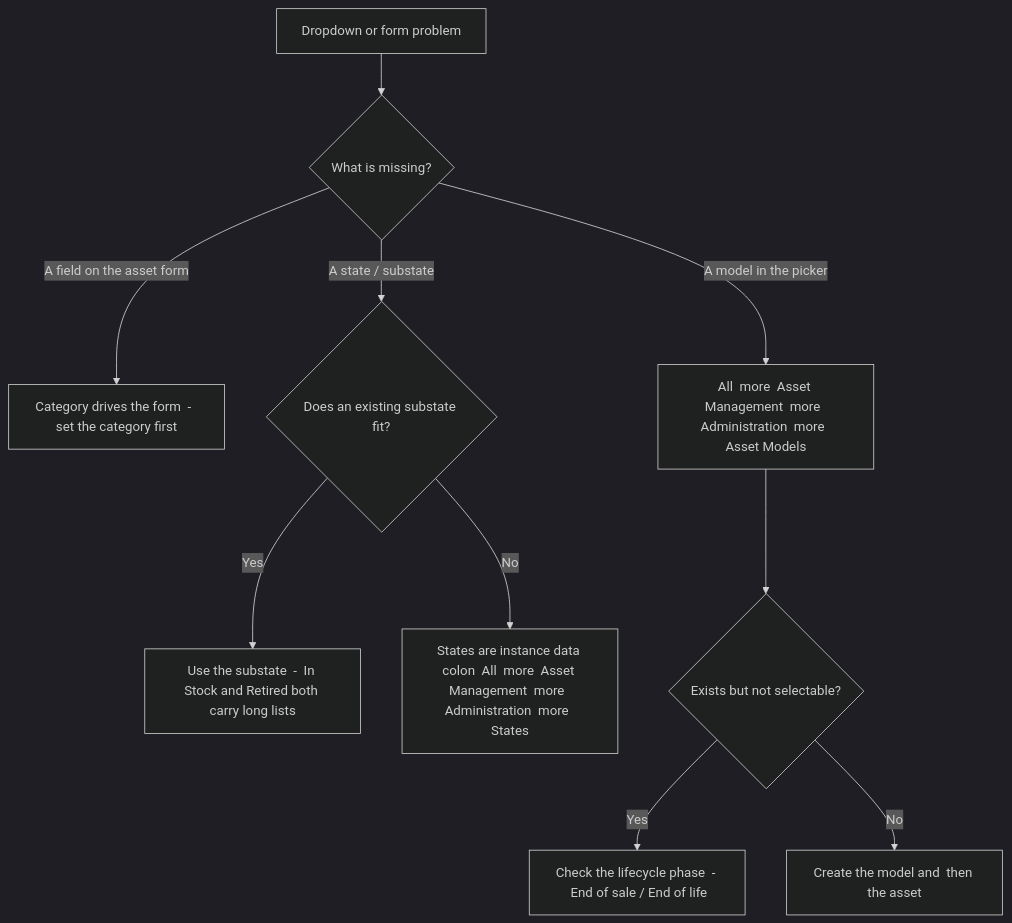
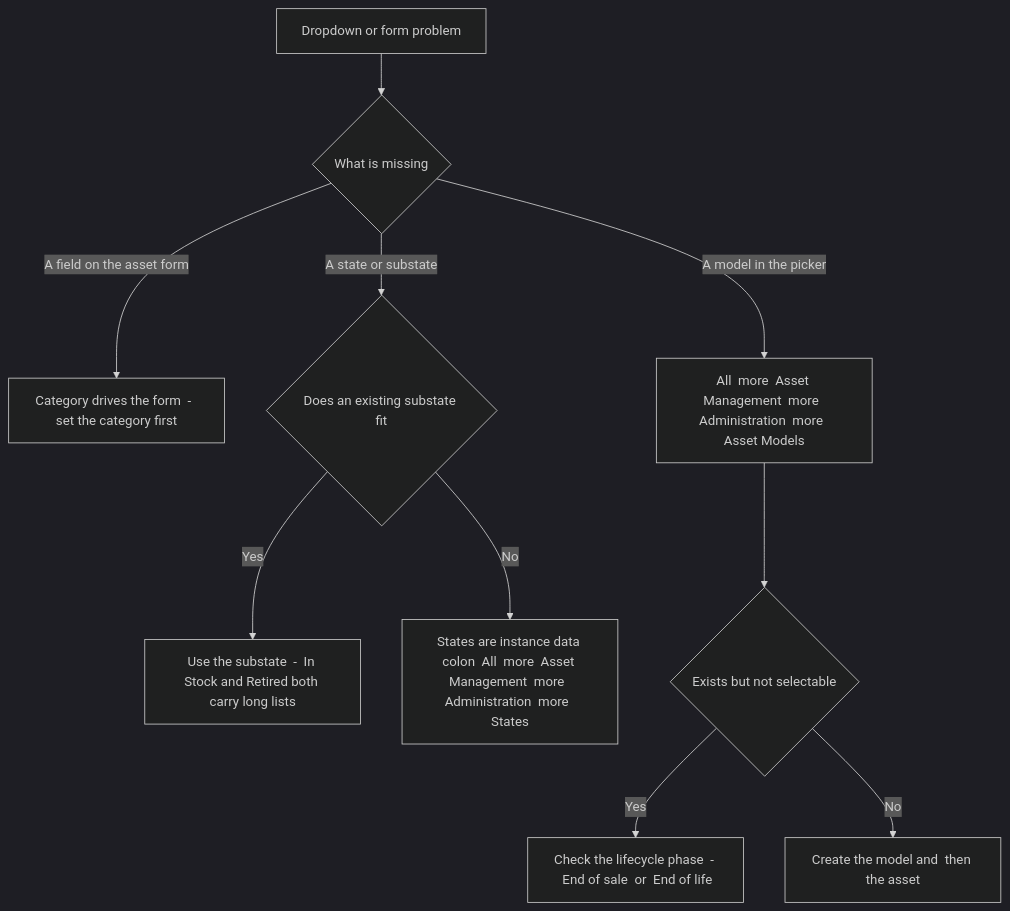
One commit to eltonaguiar/ServiceNow_Learning_TSOM-_CSM_FSM_SalesCRM_HAM_ITSM changed the ninth of 9 diagrams in docs/modules/ham/ham-guide.md. Above: the diagram before and after it, drawn with Mermaid (dark theme). The commit also changed other lines of this file and 19 other files, not shown here.

First line of the commit message:
Fix Mermaid diagram syntax errors - replace problematic chars in text content only

````diff
--- a/docs/modules/ham/ham-guide.md
+++ b/docs/modules/ham/ham-guide.md
@@ -694,12 +694,12 @@
 ```mermaid
 flowchart TD
-    A[Dropdown or form problem] --> B{What is missing?}
+    A[Dropdown or form problem] --> B{What is missing}
     B -->|A field on the asset form| C[Category drives the form  -  set the category first]
-    B -->|A state / substate| D{Does an existing substate fit?}
+    B -->|A state  or  substate| D{Does an existing substate fit}
     D -->|Yes| D1[Use the substate  -  In Stock and Retired both carry long lists]
     D -->|No| D2[States are instance data colon  All  more  Asset Management  more  Administration  more  States]
     B -->|A model in the picker| E[All  more  Asset Management  more  Administration  more  Asset Models]
-    E --> E1{Exists but not selectable?}
-    E1 -->|Yes| E2[Check the lifecycle phase  -  End of sale / End of life]
+    E --> E1{Exists but not selectable}
+    E1 -->|Yes| E2[Check the lifecycle phase  -  End of sale  or  End of life]
     E1 -->|No| E3[Create the model and  then the asset]
 ```
````
